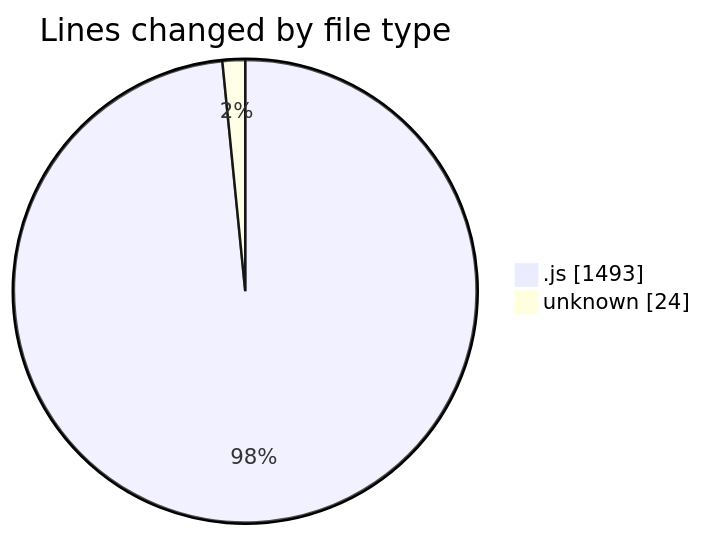
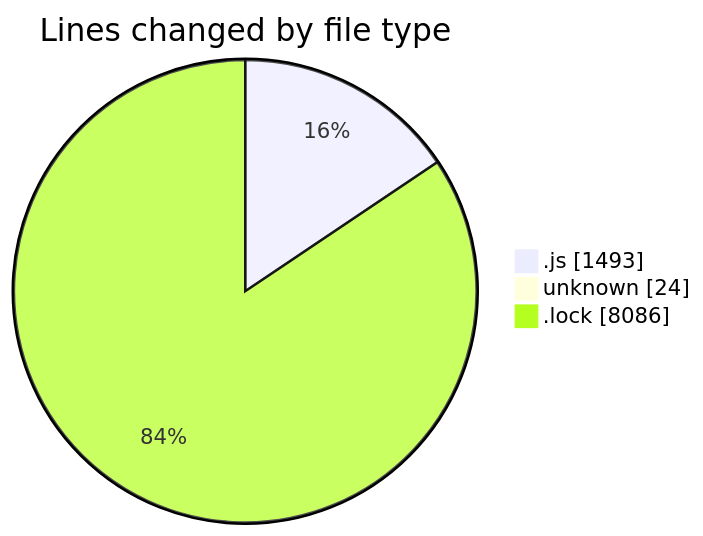
One commit to momahboobian/code-tracking changed the first of 2 diagrams in 2025-02-04/cda/README.md. Above: the diagram before and after it, drawn with Mermaid. The commit also changed other lines of this file and 1 other file, not shown here.

````diff
--- a/2025-02-04/cda/README.md
+++ b/2025-02-04/cda/README.md
@@ -24,6 +25,7 @@
 ```mermaid
 pie showData
 title Lines changed by file type
 ".js" : 1493
 "unknown" : 24
+".lock" : 8086
 ```
````
